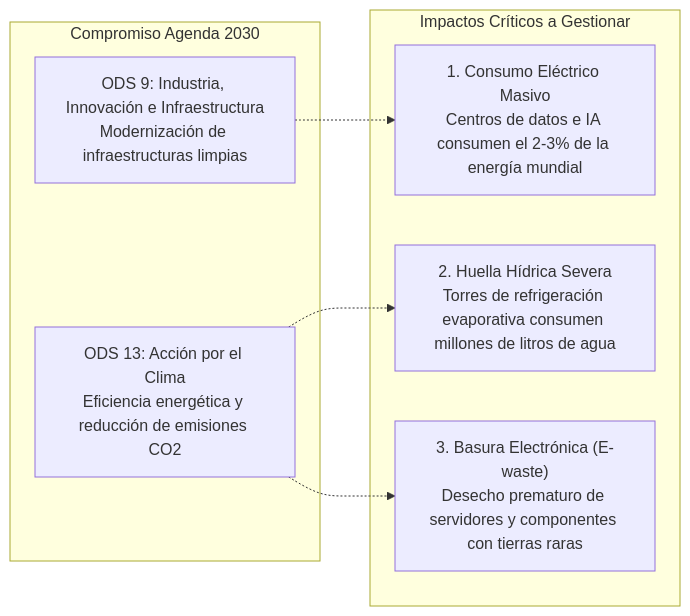
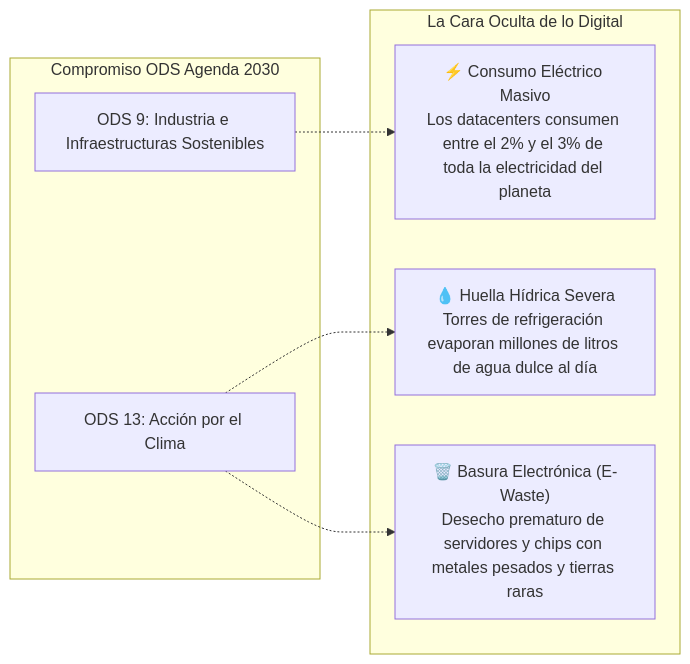
Before and after one commit to jssdocente/dasp2627d: the fifth of 6 diagrams in docs/temas/01-digitalizacion/04-edge-cloud-sostenibilidad.md, drawn with Mermaid. The commit also changed other lines of this file and 2 other files, not shown here.

First line of the commit message:
docs(tema 1): reescritura pedagógica de los puntos 1.2, 1.3 y 1.4

````diff
--- a/docs/temas/01-digitalizacion/04-edge-cloud-sostenibilidad.md
+++ b/docs/temas/01-digitalizacion/04-edge-cloud-sostenibilidad.md
@@ -129,17 +139,17 @@
 ```mermaid
 graph LR
-    subgraph Compromiso Agenda 2030
-        ODS9["ODS 9: Industria, Innovación e Infraestructura<br/>Modernización de infraestructuras limpias"]
-        ODS13["ODS 13: Acción por el Clima<br/>Eficiencia energética y reducción de emisiones CO2"]
+    subgraph ODS ["Compromiso ODS Agenda 2030"]
+        ODS9["ODS 9: Industria e Infraestructuras Sostenibles"]
+        ODS13["ODS 13: Acción por el Clima"]
     end
 
-    subgraph Impactos Críticos a Gestionar
-        E["1. Consumo Eléctrico Masivo<br/>Centros de datos e IA consumen el 2-3% de la energía mundial"]
-        W["2. Huella Hídrica Severa<br/>Torres de refrigeración evaporativa consumen millones de litros de agua"]
-        EW["3. Basura Electrónica (E-waste)<br/>Desecho prematuro de servidores y componentes con tierras raras"]
+    subgraph Impactos ["La Cara Oculta de lo Digital"]
+        E["⚡ Consumo Eléctrico Masivo<br/>Los datacenters consumen entre el 2% y el 3% de toda la electricidad del planeta"]
+        W["💧 Huella Hídrica Severa<br/>Torres de refrigeración evaporan millones de litros de agua dulce al día"]
+        EW["🗑️ Basura Electrónica (E-Waste)<br/>Desecho prematuro de servidores y chips con metales pesados y tierras raras"]
     end
 
     ODS9 -.-> E
     ODS13 -.-> W
     ODS13 -.-> EW
 ```
````
